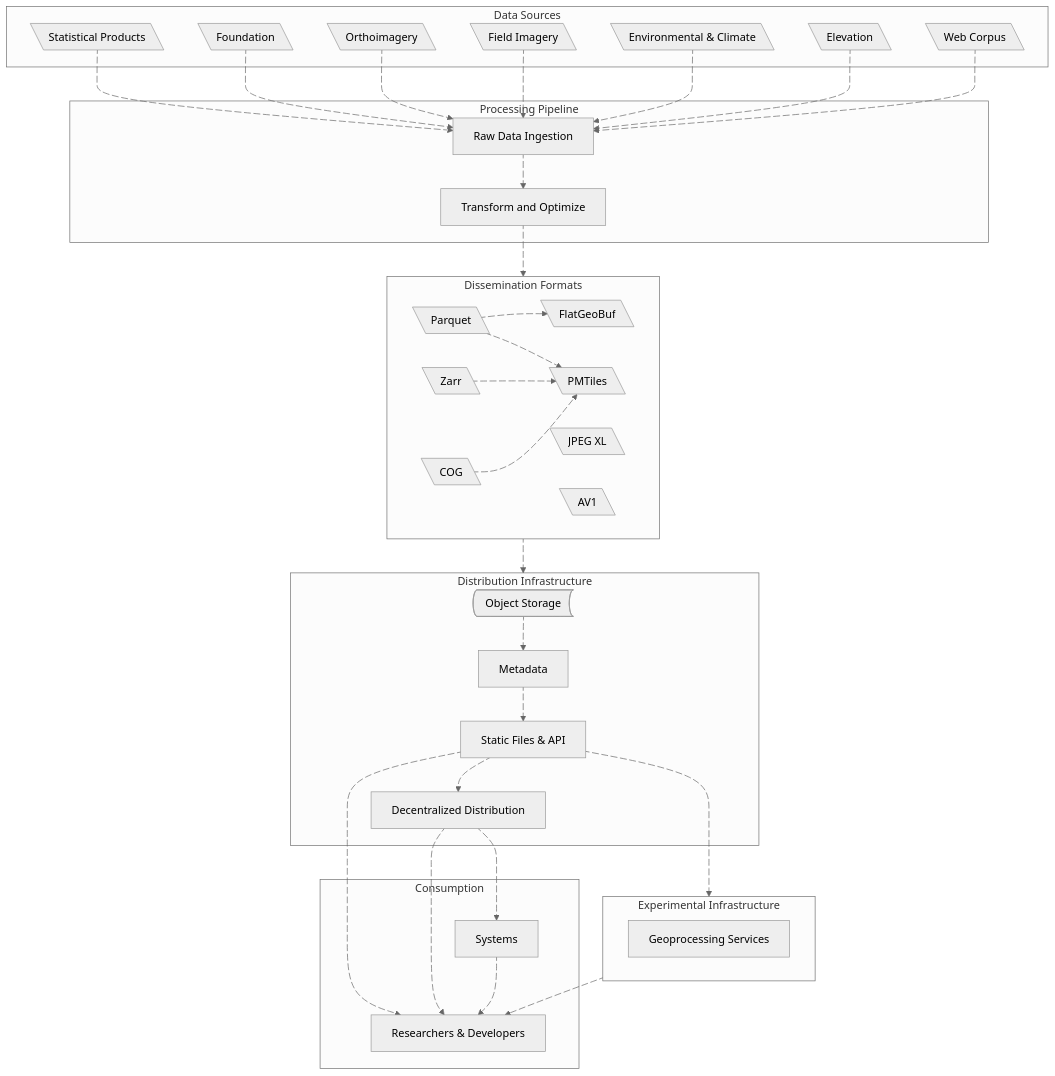
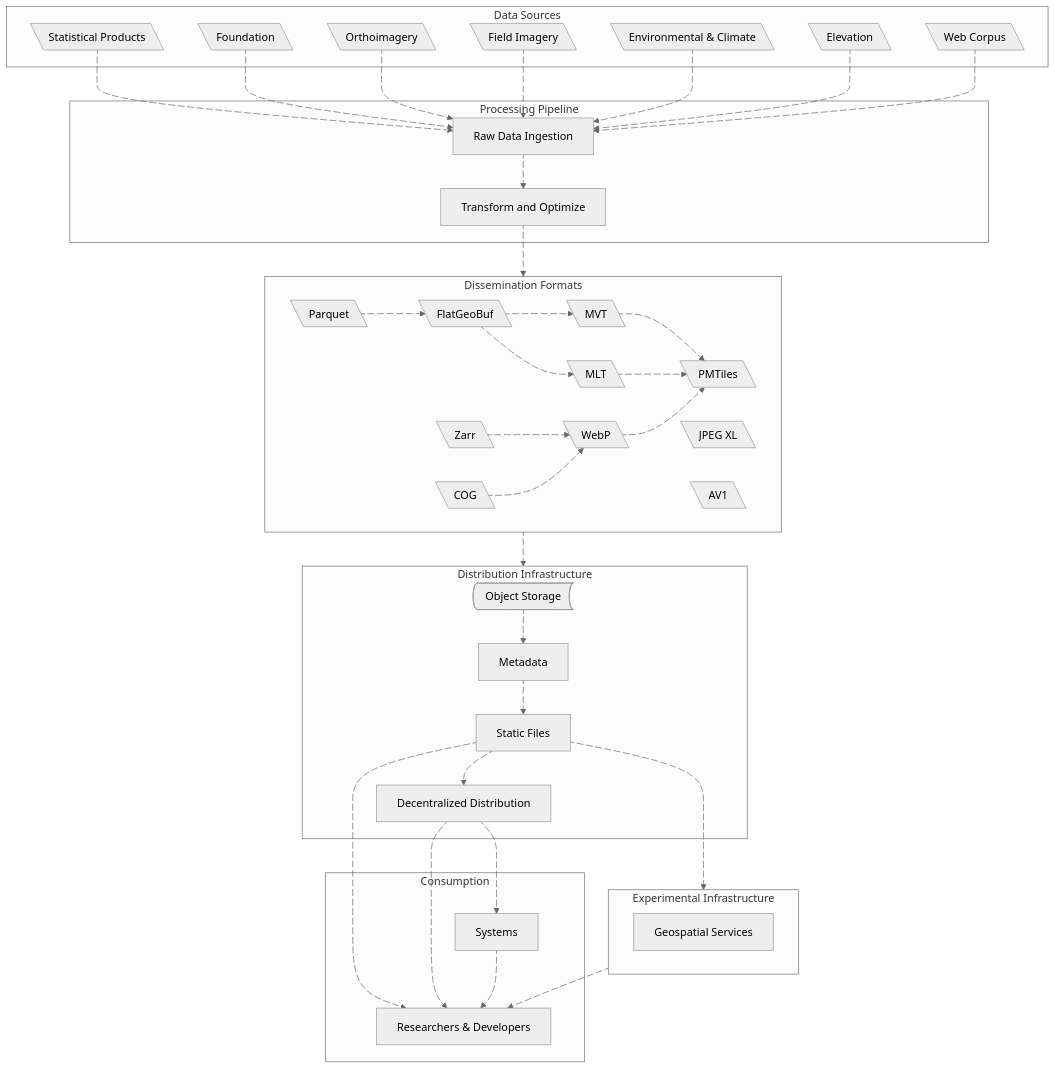
The diagram in content/_index.md (dataforcanada/www.dataforcanada.org), drawn with Mermaid (neutral theme) before and after one commit.

Commit message:
Update high-level overview. Simplify, and show expected flow for dissemination formats

```diff
--- a/content/_index.md
+++ b/content/_index.md
@@ -40,9 +40,12 @@
     subgraph df [Dissemination Formats]
         Parquet@{ shape: lean-l}
         FlatGeoBuf@{ shape: lean-l}
+        MVT@{ shape: lean-l}
+        MLT@{ shape: lean-l}
         PMTiles@{ shape: lean-l}
         COG@{ shape: lean-l}
         Zarr@{ shape: lean-l}
+        WebP@{ shape: lean-l}
         JPEGXL@{ shape: lean-l, label: "JPEG XL"}
         AV1@{ shape: lean-l, label: "AV1"}
     end
@@ -50,12 +53,12 @@
     subgraph di [Distribution Infrastructure]
         ObjectStorage@{ shape: bow-rect, label: "Object Storage"}
         Metadata@{ shape: rect}
-        HTTP@{ shape: rect, label: "Static Files & API"}
+        HTTP@{ shape: rect, label: "Static Files"}
         DecentralizedDistribution@{ shape: rect, label: "Decentralized Distribution"}
     end
 
     subgraph ei [Experimental Infrastructure]
-        GeoProcessingAPIs@{ shape: rect, label: "Geoprocessing Services"}
+        GeoSpatialServices@{ shape: rect, label: "Geospatial Services"}
         %%Martin@{ shape: rect}
         %%GeoServer@{ shape: rect}
         %%ZOOProject@{ shape: rect, label: "ZOO-Project"}
@@ -90,14 +93,22 @@
     a9@{animate: true, animation: slow}
     Parquet a10@--> FlatGeoBuf
     a10@{animate: true, animation: slow}
-    Parquet a11@--> PMTiles
+    FlatGeoBuf a11@--> MVT
     a11@{animate: true, animation: slow}
-    Zarr a12@ --> PMTiles
+    FlatGeoBuf a91@--> MLT
+    a91@{animate: true, animation: slow}
+    MVT a90@ --> PMTiles
+    a90@{animate: true, animation: slow}
+    MLT a92@ --> PMTiles
+    a92@{animate: true, animation: slow}
+    Zarr a12@ --> WebP
     a12@{animate: true, animation: slow}
     df a13@ --> di
     a13@{animate: true, animation: slow}
-    COG a14@--> PMTiles
+    COG a14@--> WebP
     a14@{animate: true, animation: slow}
+    WebP a93@--> PMTiles 
+    a93@{animate: true, animation: slow}
     ObjectStorage a15@--> Metadata
     a15@{animate: true, animation: slow}
     Metadata a16@--> HTTP
@@ -127,8 +138,11 @@
 
     click Parquet "https://github.com/apache/parquet-format/" _blank
     click FlatGeoBuf "https://flatgeobuf.org/" _blank
+    click MVT "https://github.com/mapbox/vector-tile-spec/" _blank
+    click MLT "https://github.com/maplibre/maplibre-tile-spec/" _blank
     click COG "https://cogeo.org/" _blank
     click Zarr "https://github.com/zarr-developers/geozarr-spec/" _blank
+    click WebP "https://developers.google.com/speed/webp/docs/riff_container/" _blank
     click PMTiles "https://github.com/protomaps/PMTiles/blob/main/spec/v3/spec.md" _blank
     click JPEGXL "https://jpeg.org/jpegxl/" _blank
     click AV1 "https://aomedia.org/specifications/av1/" _blank
```
